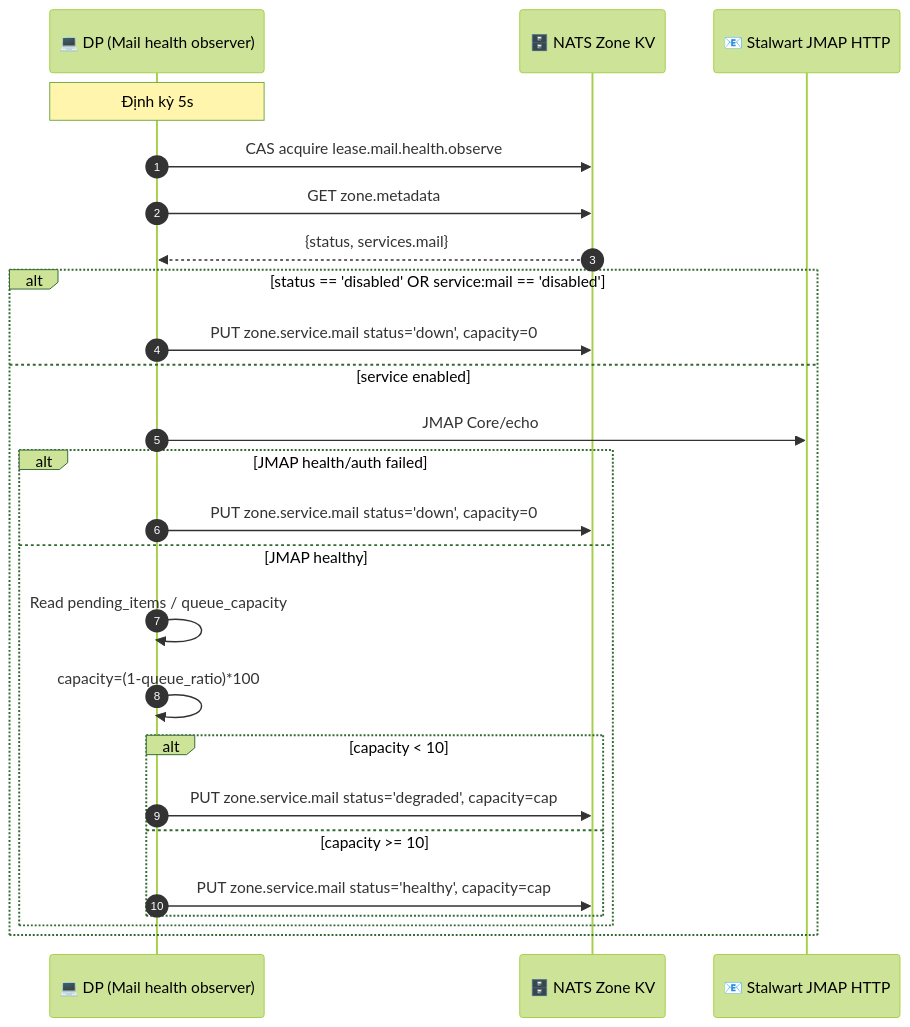
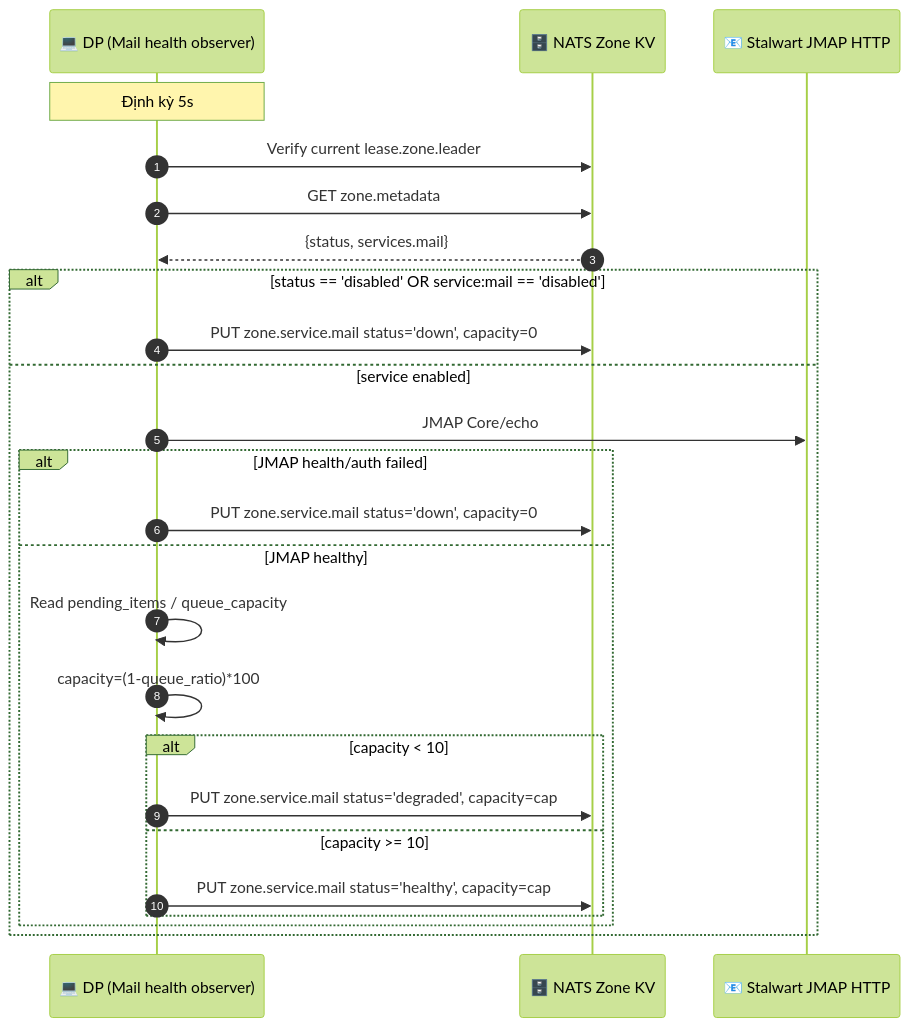
One commit to phucle996/aurora changed diagram 16 of 21 in god_view/hierarchy/zone_lifecycle_god_view.md. Above: the diagram before and after it, drawn with Mermaid (forest theme). The commit also changed other lines of this file and 69 other files, not shown here.

Commit message:
feat: replace zone gateway with leader module to handle metadata synchronization and health monitoring

````diff
--- a/god_view/hierarchy/zone_lifecycle_god_view.md
+++ b/god_view/hierarchy/zone_lifecycle_god_view.md
@@ -843,29 +845,29 @@
 ```mermaid
 sequenceDiagram
     autonumber
     participant DP as 💻 DP (Mail health observer)
     participant KV as 🗄️ NATS Zone KV
     participant SW as 📧 Stalwart JMAP HTTP
 
     Note over DP: Định kỳ 5s
-    DP->>KV: CAS acquire lease.mail.health.observe
+    DP->>KV: Verify current lease.zone.leader
     DP->>KV: GET zone.metadata
     KV-->>DP: {status, services.mail}
 
     alt status == 'disabled' OR service:mail == 'disabled'
         DP->>KV: PUT zone.service.mail status='down', capacity=0
     else service enabled
         DP->>SW: JMAP Core/echo
         alt JMAP health/auth failed
             DP->>KV: PUT zone.service.mail status='down', capacity=0
         else JMAP healthy
             DP->>DP: Read pending_items / queue_capacity
             DP->>DP: capacity=(1-queue_ratio)*100
             alt capacity < 10
                 DP->>KV: PUT zone.service.mail status='degraded', capacity=cap
             else capacity >= 10
                 DP->>KV: PUT zone.service.mail status='healthy', capacity=cap
             end
         end
     end
 ```
````
